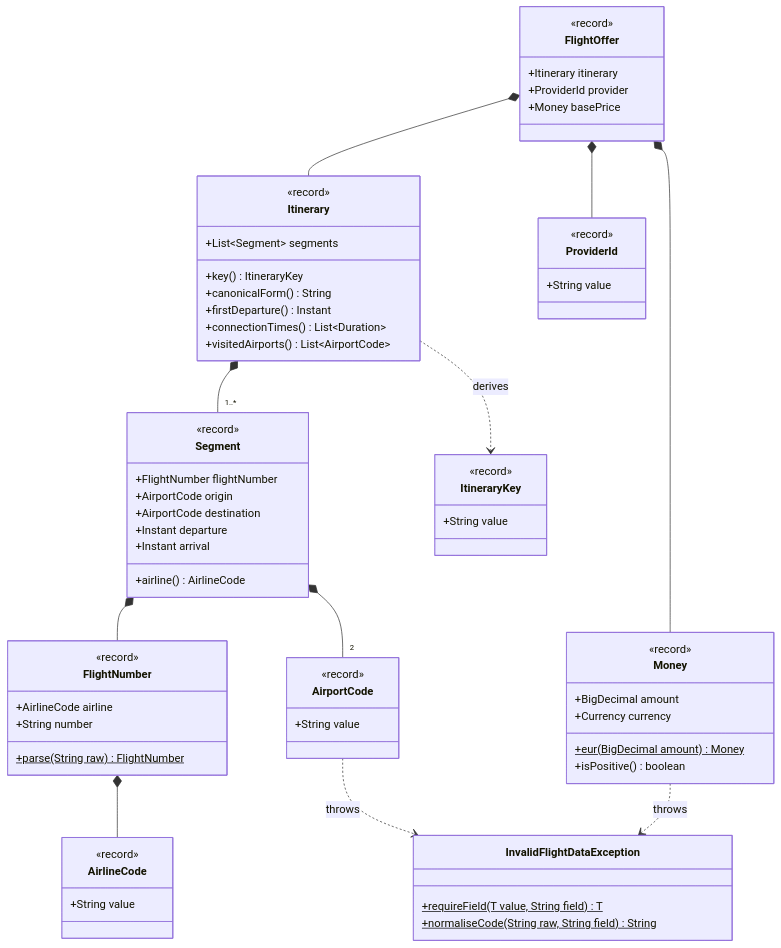
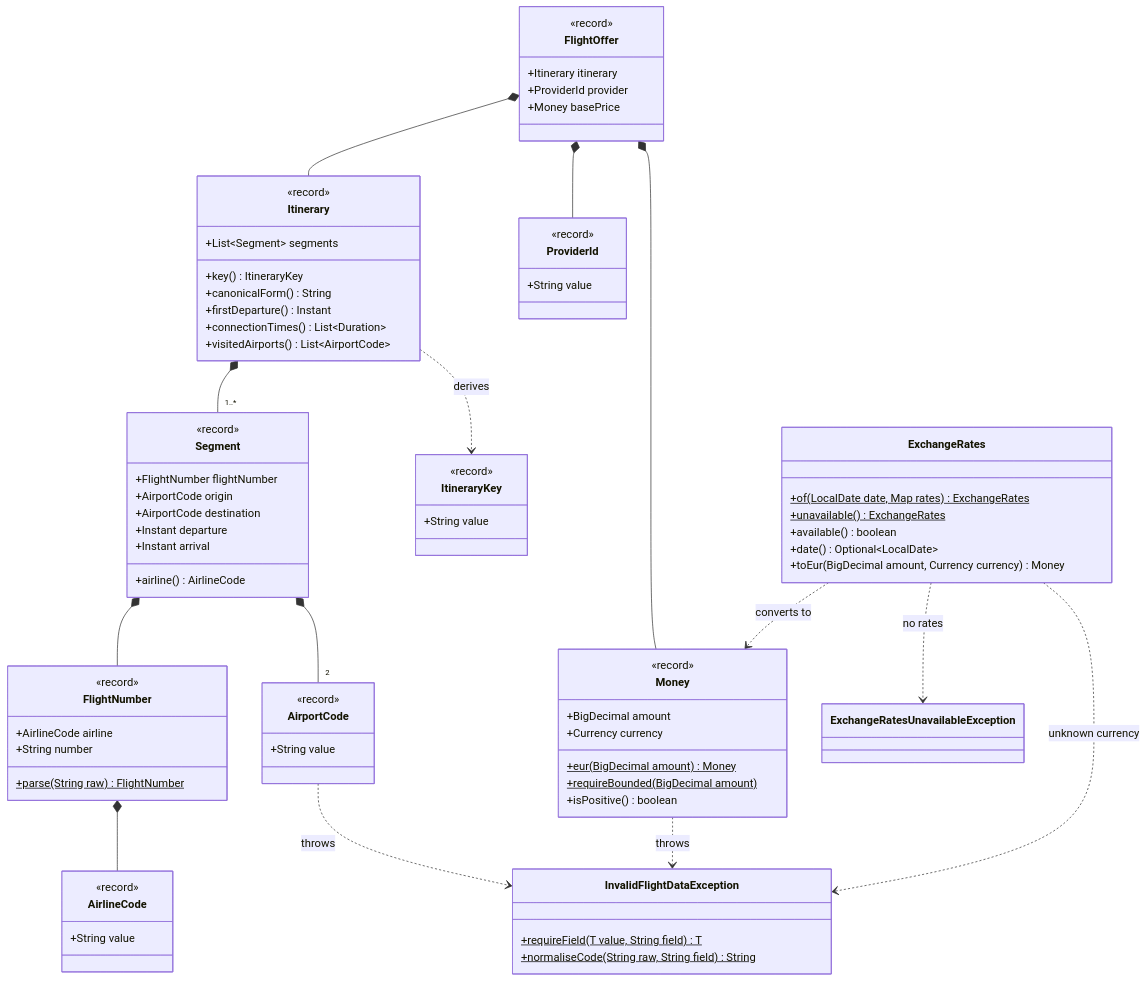
The diagram in docs/architecture/packages/flight-aggregator/aggregation-domain-model.md (andresps980/flight-aggregator), drawn with Mermaid before and after one commit. The commit also changed other lines of this file and 14 other files, not shown here.

Commit message:
docs: spec 008 in usage, providers, architecture, SOLUTION.md and README; compose mixes currencies, CI uses the FX double

````diff
--- a/docs/architecture/packages/flight-aggregator/aggregation-domain-model.md
+++ b/docs/architecture/packages/flight-aggregator/aggregation-domain-model.md
@@ -61,8 +63,17 @@
         +BigDecimal amount
         +Currency currency
         +eur(BigDecimal amount)$ Money
+        +requireBounded(BigDecimal amount)$
         +isPositive() boolean
     }
+    class ExchangeRates {
+        +of(LocalDate date, Map rates)$ ExchangeRates
+        +unavailable()$ ExchangeRates
+        +available() boolean
+        +date() Optional~LocalDate~
+        +toEur(BigDecimal amount, Currency currency) Money
+    }
+    class ExchangeRatesUnavailableException
     class InvalidFlightDataException {
         +requireField(T value, String field)$ T
         +normaliseCode(String raw, String field)$ String
@@ -78,4 +89,7 @@
     FlightNumber *-- AirlineCode
     AirportCode ..> InvalidFlightDataException : throws
     Money ..> InvalidFlightDataException : throws
+    ExchangeRates ..> Money : converts to
+    ExchangeRates ..> InvalidFlightDataException : unknown currency
+    ExchangeRates ..> ExchangeRatesUnavailableException : no rates
 ```
````
